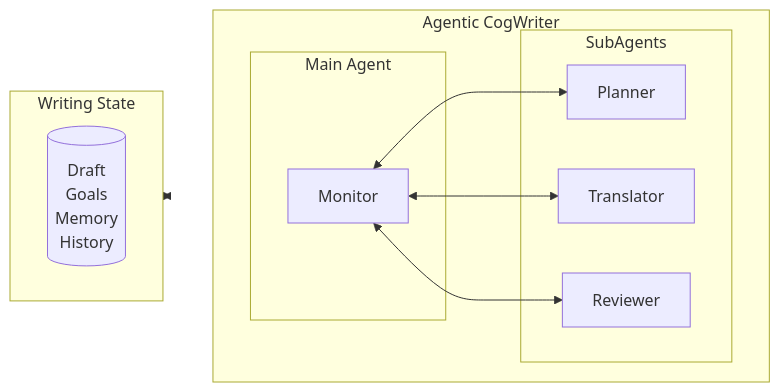
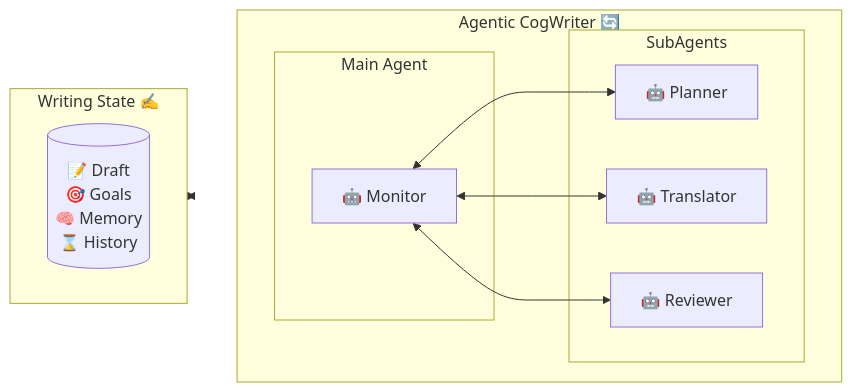
The diagram in docs/index.md (shunk031/agentic-cognitive-writing), drawn with Mermaid before and after one commit.

Commit message:
Update Mermaid diagram labels

````diff
--- a/docs/index.md
+++ b/docs/index.md
@@ -28,26 +28,26 @@
 ```mermaid
 flowchart LR
 
-    subgraph state["Writing State"]
+    subgraph state["Writing State ✍️"]
         direction LR
-        db[("Draft<br/>Goals<br>Memory<br>History")]
+        db[("📝 Draft<br>🎯 Goals<br>🧠 Memory<br>⌛ History")]
     end
 
-    subgraph agentic_cogwriter["Agentic CogWriter"]
+    subgraph agentic_cogwriter["Agentic CogWriter 🔄"]
         direction LR
         subgraph main_agent["Main Agent"]
-            monitor["Monitor"]
+            monitor["🤖 Monitor"]
         end
         subgraph sub_agents["SubAgents"]
-            planner["Planner"]
-            translator["Translator"]
-            reviewer["Reviewer"]
+            planner["🤖 Planner"]
+            translator["🤖 Translator"]
+            reviewer["🤖 Reviewer"]
         end
     end
 
     state <--> main_agent
 
     monitor <--> planner
     monitor <--> translator
     monitor <--> reviewer
 ```
````
